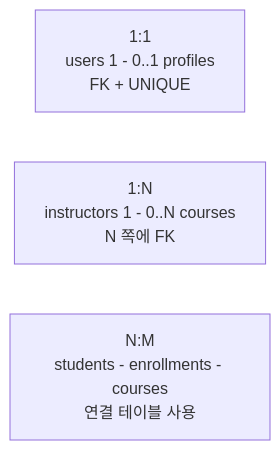
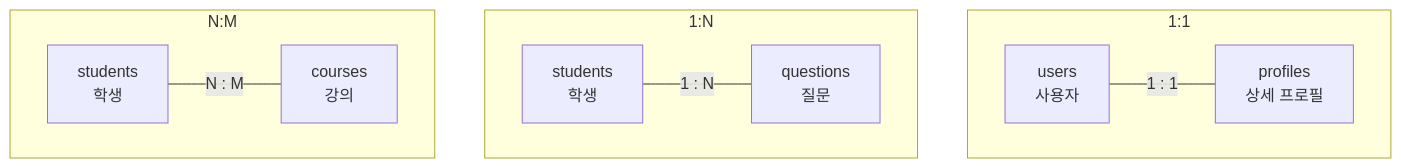
One commit to GilbertMoon/ai-database-book changed the diagram in images/chapter02/ch02_05_relationship_types.mmd. Above: the diagram before and after it, drawn with Mermaid.

Commit message:
Sync Mermaid relationship type concepts

```diff
--- a/images/chapter02/ch02_05_relationship_types.mmd
+++ b/images/chapter02/ch02_05_relationship_types.mmd
@@ -1,4 +1,18 @@
-flowchart LR
-    A[1:1<br/>users 1 - 0..1 profiles<br/>FK + UNIQUE]
-    B[1:N<br/>instructors 1 - 0..N courses<br/>N 쪽에 FK]
-    C[N:M<br/>students - enrollments - courses<br/>연결 테이블 사용]
+%% Chapter 02 관계 유형 미리보기
+%% 각 관계의 기본 개념만 표현하며 상세 FK 설계는 Chapter 05에서 다룬다.
+%% N:M의 연결 테이블 구현은 Chapter 05에서 다룬다.
+flowchart TB
+    subgraph R11["1:1"]
+        direction LR
+        U["users<br/>사용자"] ---|"1 : 1"| P["profiles<br/>상세 프로필"]
+    end
+
+    subgraph R1N["1:N"]
+        direction LR
+        S1["students<br/>학생"] ---|"1 : N"| Q["questions<br/>질문"]
+    end
+
+    subgraph RNM["N:M"]
+        direction LR
+        S2["students<br/>학생"] ---|"N : M"| C["courses<br/>강의"]
+    end
```
